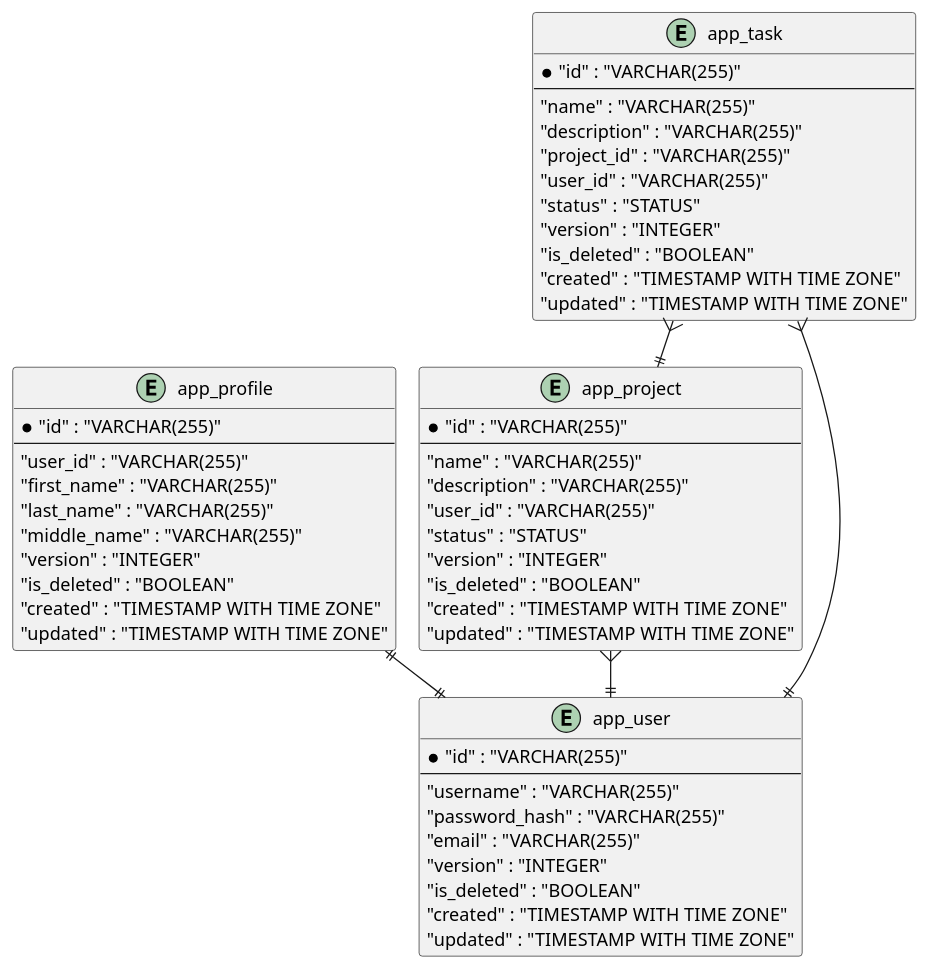
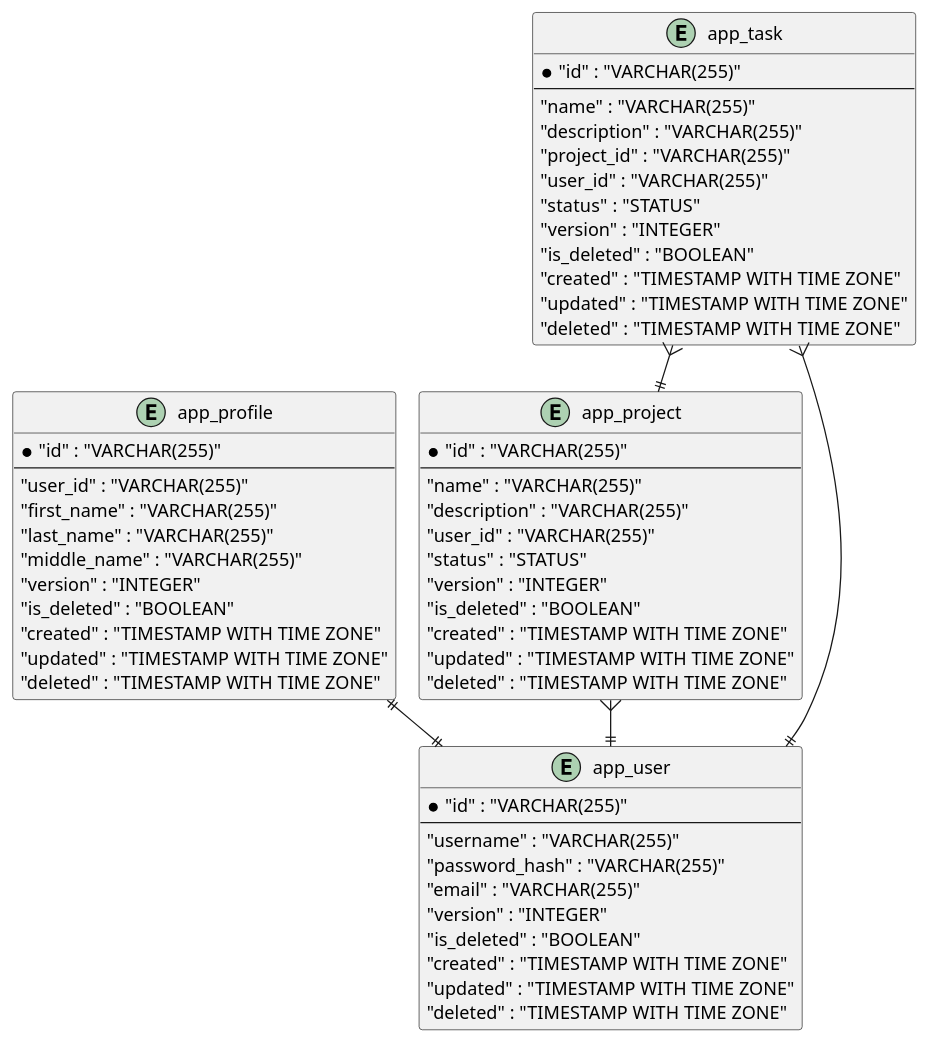
One commit to denis-volnenko/liquibase-asciidoc-maven-plugin changed the diagram in example/tm-sql-to-asciidoc/src/main/asciidoc/erd_physic.puml. Above: the diagram before and after it, drawn with PlantUML. The commit also changed 11 other files, not shown here.

```diff
--- a/example/tm-sql-to-asciidoc/src/main/asciidoc/erd_physic.puml
+++ b/example/tm-sql-to-asciidoc/src/main/asciidoc/erd_physic.puml
@@ -1,61 +1,65 @@
 @startuml 
 '!pragma graphviz_dot jdot 
 !pragma layout smetana 
 entity "app_profile" {
     *"id" : "VARCHAR(255)"
 ---
     "user_id" : "VARCHAR(255)"
     "first_name" : "VARCHAR(255)"
     "last_name" : "VARCHAR(255)"
     "middle_name" : "VARCHAR(255)"
     "version" : "INTEGER"
     "is_deleted" : "BOOLEAN"
     "created" : "TIMESTAMP WITH TIME ZONE"
     "updated" : "TIMESTAMP WITH TIME ZONE"
+    "deleted" : "TIMESTAMP WITH TIME ZONE"
 }
 
 entity "app_project" {
     *"id" : "VARCHAR(255)"
 ---
     "name" : "VARCHAR(255)"
     "description" : "VARCHAR(255)"
     "user_id" : "VARCHAR(255)"
     "status" : "STATUS"
     "version" : "INTEGER"
     "is_deleted" : "BOOLEAN"
     "created" : "TIMESTAMP WITH TIME ZONE"
     "updated" : "TIMESTAMP WITH TIME ZONE"
+    "deleted" : "TIMESTAMP WITH TIME ZONE"
 }
 
 entity "app_task" {
     *"id" : "VARCHAR(255)"
 ---
     "name" : "VARCHAR(255)"
     "description" : "VARCHAR(255)"
     "project_id" : "VARCHAR(255)"
     "user_id" : "VARCHAR(255)"
     "status" : "STATUS"
     "version" : "INTEGER"
     "is_deleted" : "BOOLEAN"
     "created" : "TIMESTAMP WITH TIME ZONE"
     "updated" : "TIMESTAMP WITH TIME ZONE"
+    "deleted" : "TIMESTAMP WITH TIME ZONE"
 }
 
 entity "app_user" {
     *"id" : "VARCHAR(255)"
 ---
     "username" : "VARCHAR(255)"
     "password_hash" : "VARCHAR(255)"
     "email" : "VARCHAR(255)"
     "version" : "INTEGER"
     "is_deleted" : "BOOLEAN"
     "created" : "TIMESTAMP WITH TIME ZONE"
     "updated" : "TIMESTAMP WITH TIME ZONE"
+    "deleted" : "TIMESTAMP WITH TIME ZONE"
 }
 
 "app_profile" ||--|| "app_user"
 "app_project" }--|| "app_user"
 "app_task" }--|| "app_project"
 "app_task" }--|| "app_user"
 
 @enduml
```
